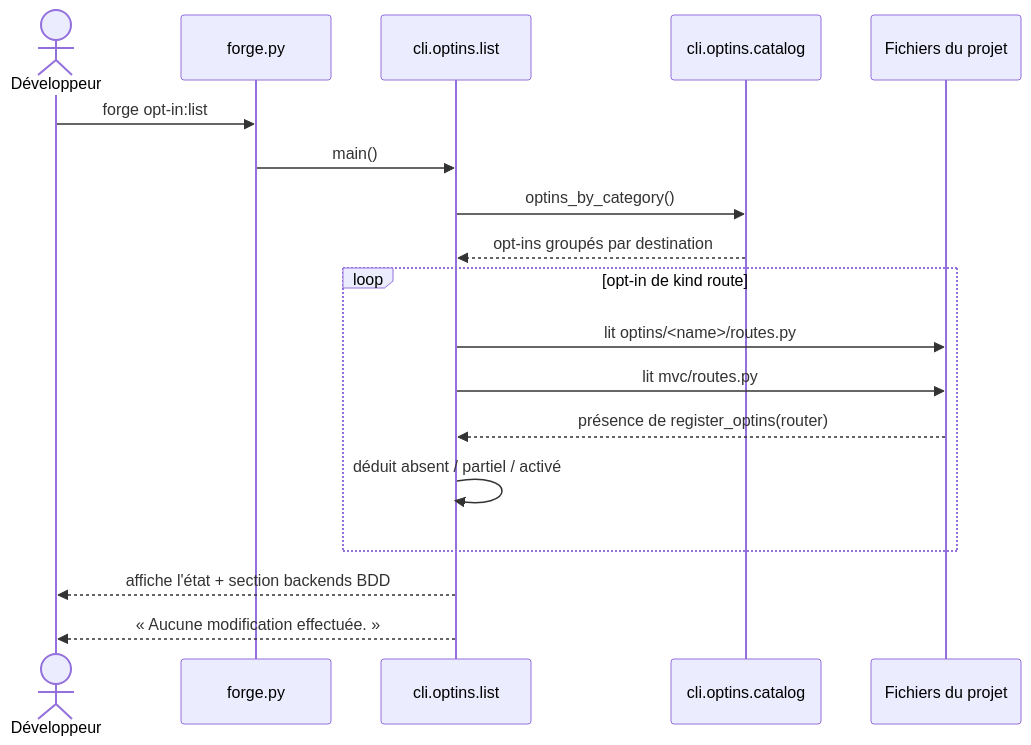
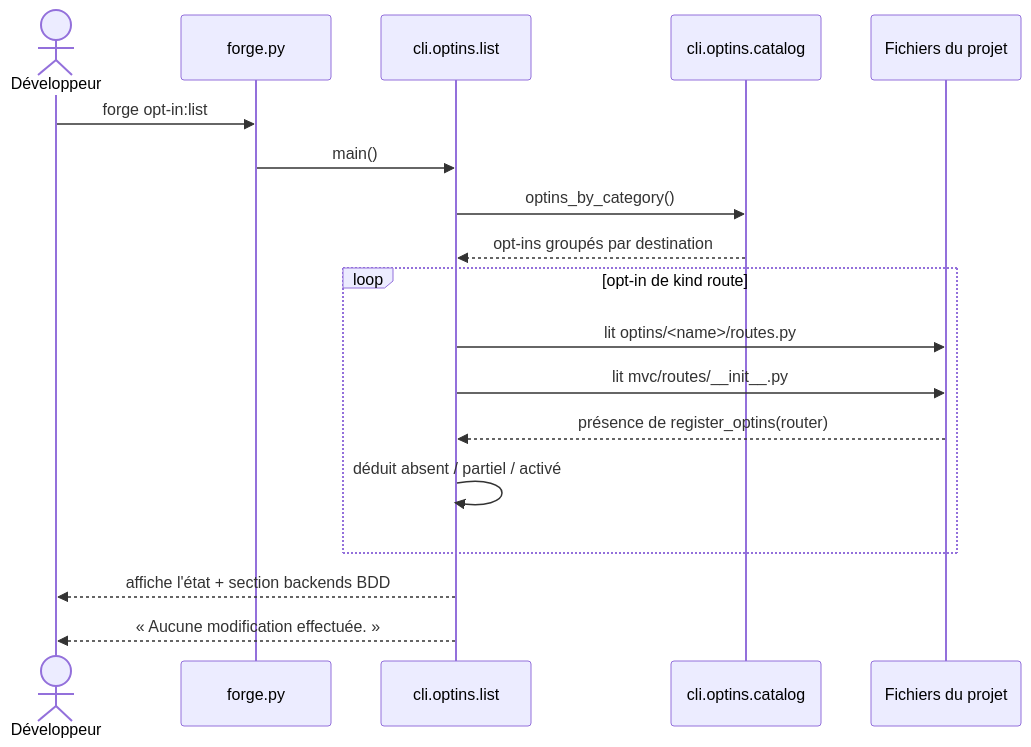
Before and after one commit to caucrogeGit/Forge: the diagram in cli/optins/docs/list.md, drawn with Mermaid. The commit also changed other lines of this file and 68 other files, not shown here.

First line of the commit message:
refactor(routes): éclater mvc/routes.py en paquet mvc/routes/ par contrôleur (ADR-068)

````diff
--- a/cli/optins/docs/list.md
+++ b/cli/optins/docs/list.md
@@ -37,21 +37,21 @@
 ```mermaid
 sequenceDiagram
     actor Dev as Développeur
     participant Forge as forge.py
     participant List as cli.optins.list
     participant Catalog as cli.optins.catalog
     participant FS as Fichiers du projet
 
     Dev->>Forge: forge opt-in:list
     Forge->>List: main()
     List->>Catalog: optins_by_category()
     Catalog-->>List: opt-ins groupés par destination
     loop opt-in de kind route
         List->>FS: lit optins/<name>/routes.py
-        List->>FS: lit mvc/routes.py
+        List->>FS: lit mvc/routes/__init__.py
         FS-->>List: présence de register_optins(router)
         List->>List: déduit absent / partiel / activé
     end
     List-->>Dev: affiche l'état + section backends BDD
     List-->>Dev: « Aucune modification effectuée. »
 ```
````
